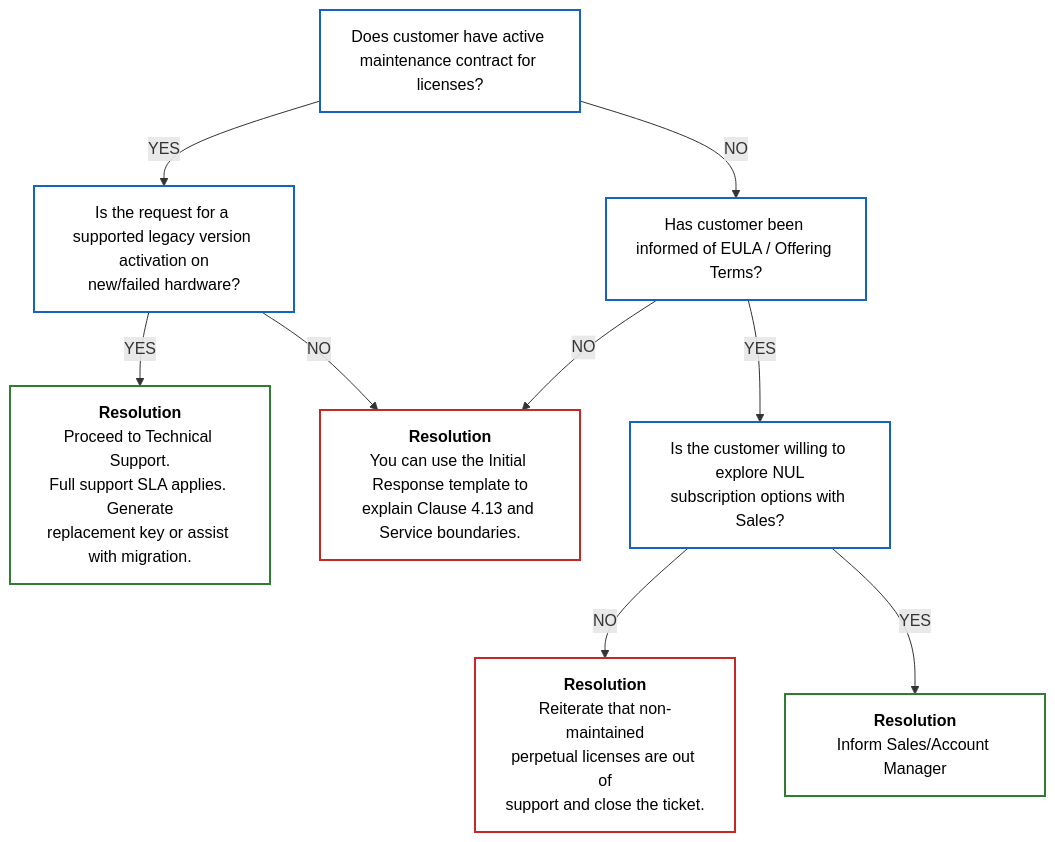
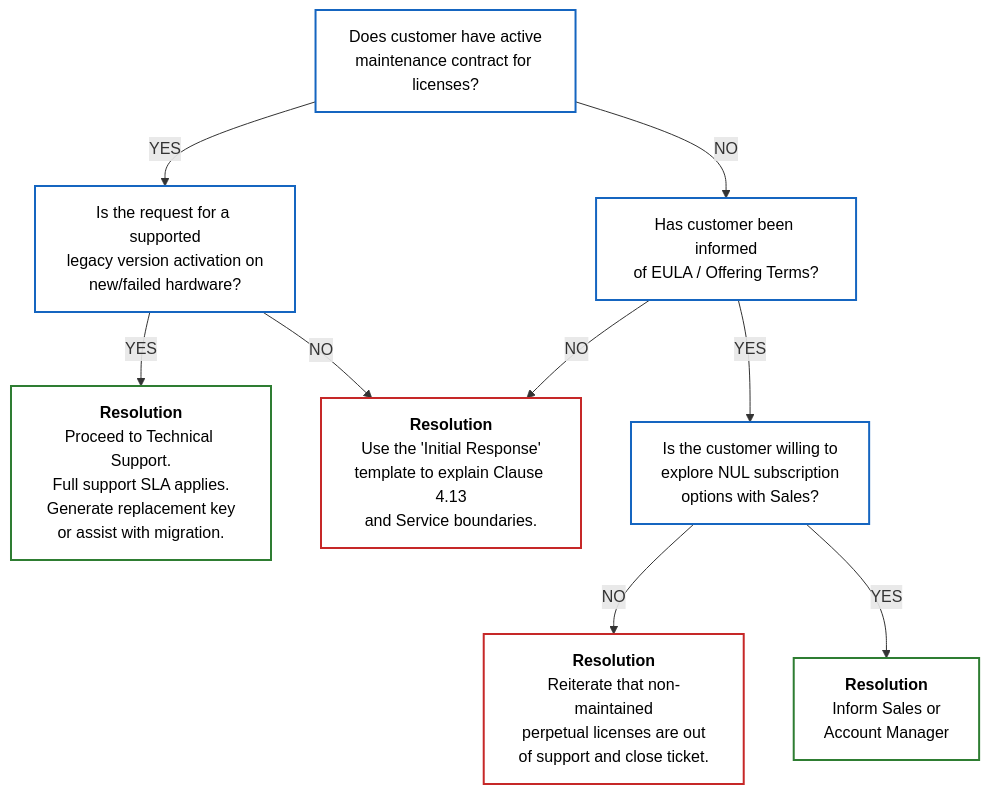
Before and after one commit to KaiLoonTey/Salesforce_ServiceGuide: the diagram in docs/PerpetualRetirement.md, drawn with Mermaid.

````diff
--- a/docs/PerpetualRetirement.md
+++ b/docs/PerpetualRetirement.md
@@ -114,25 +114,25 @@
 ```mermaid
 graph TD
-    A[Does customer have active maintenance contract for licenses?]
+    A[Does customer have active<br/>maintenance contract for licenses?]
     
-    A -->|YES| B[Is the request for a supported legacy version activation on<br/>new/failed hardware?]
-    A -->|NO| C[Has customer been informed of EULA / Offering Terms?]
+    A -->|YES| B[Is the request for a supported<br/>legacy version activation on<br/>new/failed hardware?]
+    A -->|NO| C[Has customer been informed<br/>of EULA / Offering Terms?]
     
-    B -->|YES| D[<b>Resolution</b><br/>Proceed to Technical Support.<br/>Full support SLA applies. Generate<br/>replacement key or assist with migration.]
-    B -->|NO| E[<b>Resolution</b><br/>You can use the Initial Response template to<br/>explain Clause 4.13 and Service boundaries.]
+    B -->|YES| D[<b>Resolution</b><br/>Proceed to Technical Support.<br/>Full support SLA applies.<br/>Generate replacement key<br/>or assist with migration.]
+    B -->|NO| E[<b>Resolution</b><br/>Use the 'Initial Response'<br/>template to explain Clause 4.13<br/>and Service boundaries.]
     
     C -->|NO| E
-    C -->|YES| F[Is the customer willing to explore NUL<br/>subscription options with Sales?]
+    C -->|YES| F[Is the customer willing to<br/>explore NUL subscription<br/>options with Sales?]
     
-    F -->|NO| G[<b>Resolution</b><br/>Reiterate that non-maintained<br/>perpetual licenses are out of<br/>support and close the ticket.]
-    F -->|YES| H[<b>Resolution</b><br/>Inform Sales/Account Manager]
+    F -->|NO| G[<b>Resolution</b><br/>Reiterate that non-maintained<br/>perpetual licenses are out<br/>of support and close ticket.]
+    F -->|YES| H[<b>Resolution</b><br/>Inform Sales or<br/>Account Manager]
 
     %% Applying border colors to match the image
     classDef resolutionGreen fill:#fff,stroke:#2e7d32,stroke-width:2px,color:#000;
     classDef resolutionRed fill:#fff,stroke:#c62828,stroke-width:2px,color:#000;
     classDef standardBox fill:#fff,stroke:#1565c0,stroke-width:2px,color:#000;
     
     class A,B,C,F standardBox;
     class D,H resolutionGreen;
     class E,G resolutionRed;
-```	
+```
````
